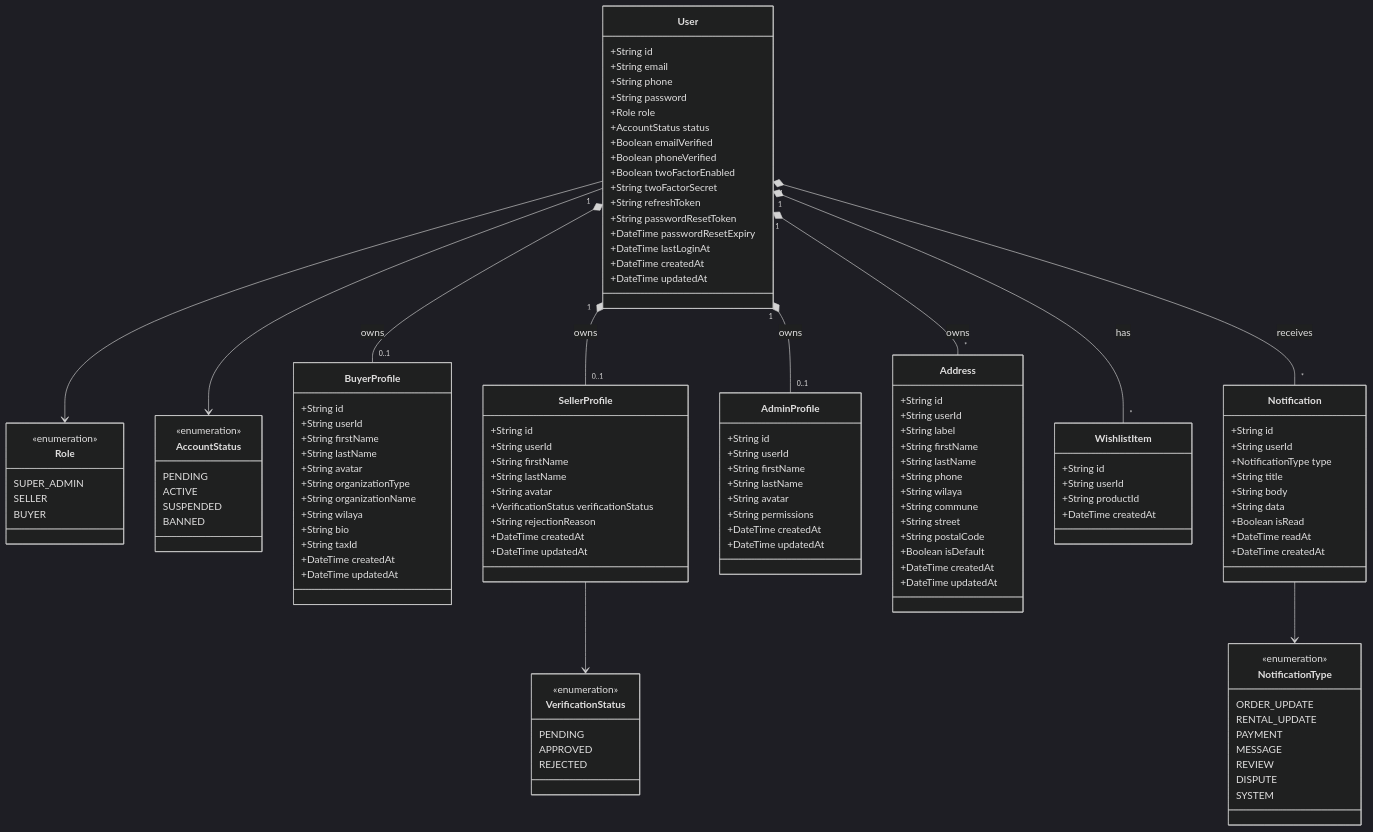
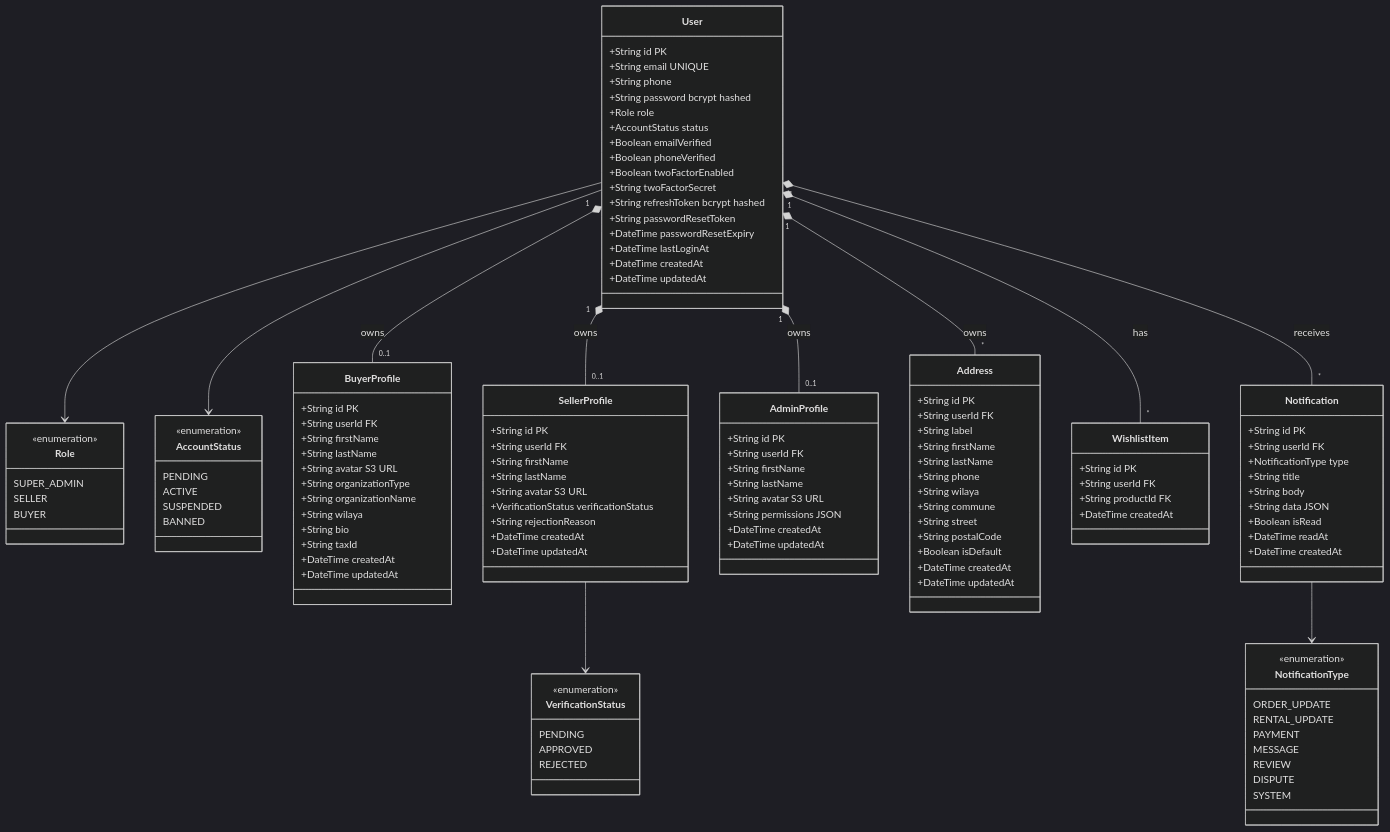
One commit to tayeb736/prohect12 changed the first of 6 diagrams in diagrams/07_class_diagram.md. Above: the diagram before and after it, drawn with Mermaid (dark theme). The commit also changed other lines of this file and 7 other files, not shown here.

Commit message:
docs: update all UML diagrams — add PostgreSQL, Redis, S3, Stripe, SendGrid, KYC, Swagger per readme2 & README3

```diff
--- a/diagrams/07_class_diagram.md
+++ b/diagrams/07_class_diagram.md
@@ -45,17 +44,17 @@
   }
 
   class User {
-    +String id
-    +String email
+    +String id PK
+    +String email UNIQUE
     +String phone
-    +String password
+    +String password bcrypt hashed
     +Role role
     +AccountStatus status
     +Boolean emailVerified
     +Boolean phoneVerified
     +Boolean twoFactorEnabled
     +String twoFactorSecret
-    +String refreshToken
+    +String refreshToken bcrypt hashed
     +String passwordResetToken
     +DateTime passwordResetExpiry
     +DateTime lastLoginAt
@@ -64,11 +63,11 @@
   }
 
   class BuyerProfile {
-    +String id
-    +String userId
+    +String id PK
+    +String userId FK
     +String firstName
     +String lastName
-    +String avatar
+    +String avatar S3 URL
     +String organizationType
     +String organizationName
     +String wilaya
@@ -79,11 +78,11 @@
   }
 
   class SellerProfile {
-    +String id
-    +String userId
+    +String id PK
+    +String userId FK
     +String firstName
     +String lastName
-    +String avatar
+    +String avatar S3 URL
     +VerificationStatus verificationStatus
     +String rejectionReason
     +DateTime createdAt
@@ -91,19 +90,19 @@
   }
 
   class AdminProfile {
-    +String id
-    +String userId
+    +String id PK
+    +String userId FK
     +String firstName
     +String lastName
-    +String avatar
-    +String permissions
+    +String avatar S3 URL
+    +String permissions JSON
     +DateTime createdAt
     +DateTime updatedAt
   }
 
   class Address {
-    +String id
-    +String userId
+    +String id PK
+    +String userId FK
     +String label
     +String firstName
     +String lastName
@@ -118,19 +117,19 @@
   }
 
   class WishlistItem {
-    +String id
-    +String userId
-    +String productId
+    +String id PK
+    +String userId FK
+    +String productId FK
     +DateTime createdAt
   }
 
   class Notification {
-    +String id
-    +String userId
+    +String id PK
+    +String userId FK
     +NotificationType type
     +String title
     +String body
-    +String data
+    +String data JSON
     +Boolean isRead
     +DateTime readAt
     +DateTime createdAt
```
